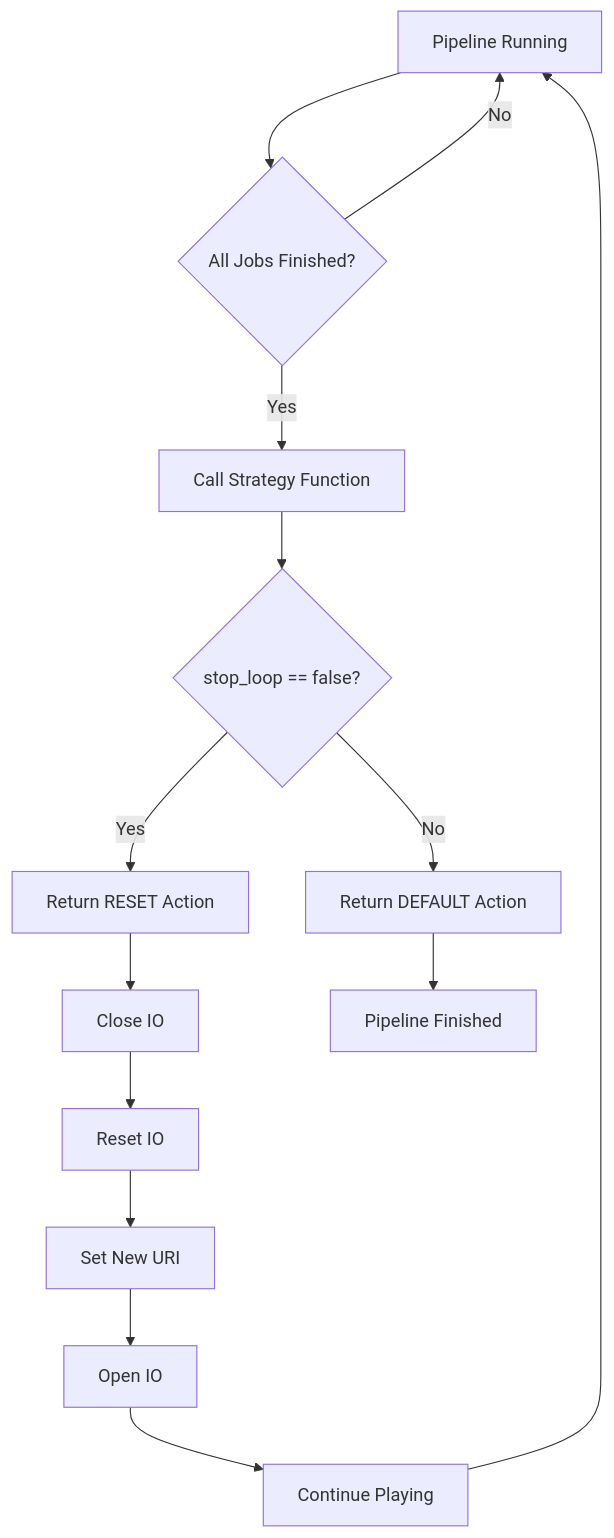
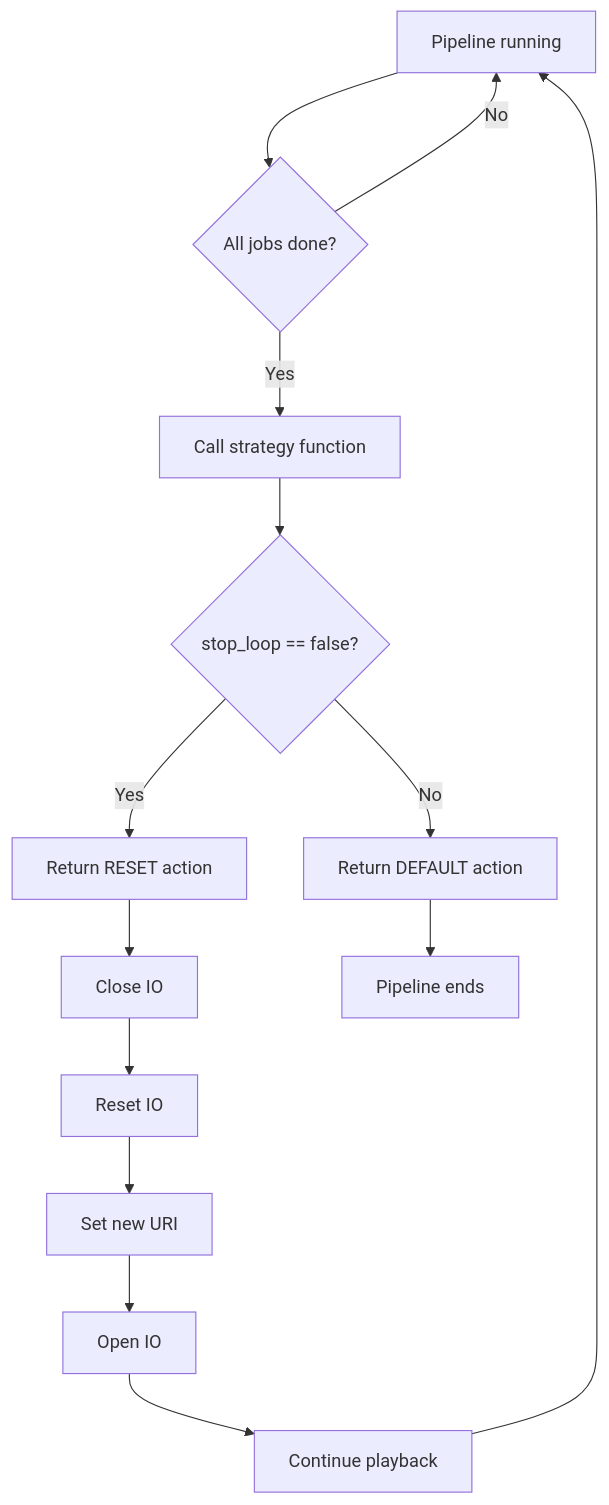
One commit to espressif/esp-gmf changed the second of 3 diagrams in gmf_examples/basic_examples/pipeline_loop_play_no_gap/README.md. Above: the diagram before and after it, drawn with Mermaid. The commit also changed other lines of this file and 57 other files, not shown here.

````diff
--- a/gmf_examples/basic_examples/pipeline_loop_play_no_gap/README.md
+++ b/gmf_examples/basic_examples/pipeline_loop_play_no_gap/README.md
@@ -39,16 +32,16 @@
 ```mermaid
 flowchart TD
-    A[Pipeline Running] --> B{All Jobs Finished?}
+    A[Pipeline running] --> B{All jobs done?}
     B -->|No| A
-    B -->|Yes| C[Call Strategy Function]
+    B -->|Yes| C[Call strategy function]
     C --> D{stop_loop == false?}
-    D -->|Yes| E[Return RESET Action]
+    D -->|Yes| E[Return RESET action]
     E --> F[Close IO]
     F --> G[Reset IO]
-    G --> H[Set New URI]
+    G --> H[Set new URI]
     H --> I[Open IO]
-    I --> J[Continue Playing]
+    I --> J[Continue playback]
     J --> A
-    D -->|No| K[Return DEFAULT Action]
-    K --> L[Pipeline Finished]
+    D -->|No| K[Return DEFAULT action]
+    K --> L[Pipeline ends]
 ```
````
